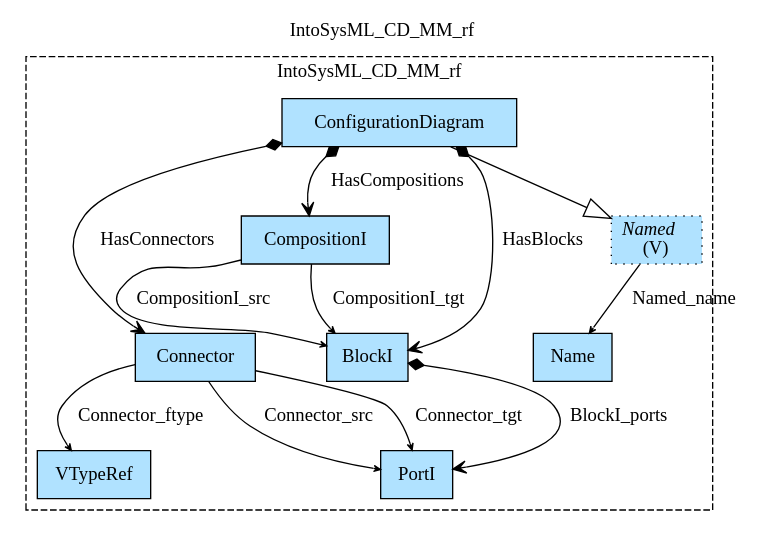
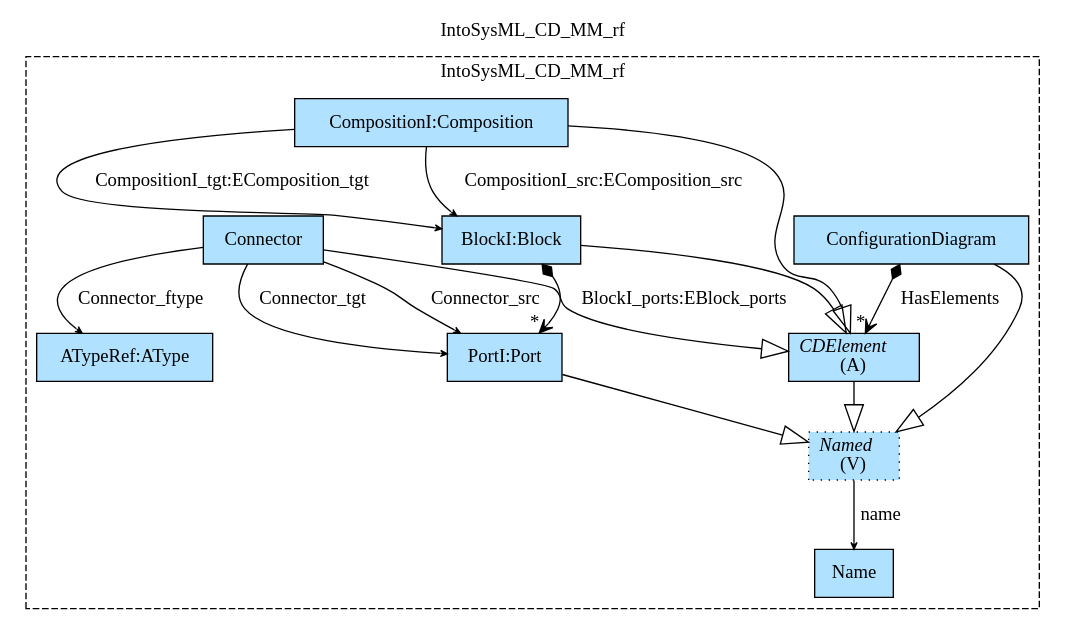
The diagram in Haskell/IntoSysML/MM/img/IntoSysML_CD_MM_rf.gv (namalio/Fragmenta), drawn with Graphviz before and after one commit. The commit also changed 109 other files, not shown here.

```diff
--- a/Haskell/IntoSysML/MM/img/IntoSysML_CD_MM_rf.gv
+++ b/Haskell/IntoSysML/MM/img/IntoSysML_CD_MM_rf.gv
@@ -1,25 +1,29 @@
 digraph {graph[label=IntoSysML_CD_MM_rf,labelloc=tl,labelfontsize=12];
 subgraph cluster_IntoSysML_CD_MM_rf{style=dashed;label=IntoSysML_CD_MM_rf;
+"ConfigurationDiagram"[shape=record,fillcolor=lightskyblue1,style = filled,label="ConfigurationDiagram"];
+"CDElement"[shape=record,fillcolor=lightskyblue1,style = filled,label=<{<I>CDElement</I><br/>(A)}>];
+"CompositionI"[shape=record,fillcolor=lightskyblue1,style = filled,label="CompositionI:Composition"];
+"BlockI"[shape=record,fillcolor=lightskyblue1,style = filled,label="BlockI:Block"];
+"Connector"[shape=record,fillcolor=lightskyblue1,style = filled,label="Connector"];
+"ATypeRef"[shape=record,fillcolor=lightskyblue1,style = filled,label="ATypeRef:AType"];
+"PortI"[shape=record,fillcolor=lightskyblue1,style = filled,label="PortI:Port"];
+"Named"[shape=record,fillcolor=lightskyblue1,style ="filled,dotted",label=<{<I>Named</I><br/>(V)}>];
 "Name"[shape=record,fillcolor=lightskyblue1,style = filled,label="Name"];
-"ConfigurationDiagram"[shape=record,fillcolor=lightskyblue1,style = filled,label="ConfigurationDiagram"];
-"Connector"[shape=record,fillcolor=lightskyblue1,style = filled,label="Connector"];
-"VTypeRef"[shape=record,fillcolor=lightskyblue1,style = filled,label="VTypeRef"];
-"PortI"[shape=record,fillcolor=lightskyblue1,style = filled,label="PortI"];
-"CompositionI"[shape=record,fillcolor=lightskyblue1,style = filled,label="CompositionI"];
-"BlockI"[shape=record,fillcolor=lightskyblue1,style = filled,label="BlockI"];
-"Named"[shape=record,fillcolor=lightskyblue1,style ="filled,dotted",label=<{<I>Named</I><br/>(V)}>];
 
-"Named"->"Name"[label="Named_name",arrowhead=vee,headlabel="",arrowsize=.5];
-"ConfigurationDiagram"->"Named"[arrowhead=onormal,arrowsize=2.0];
-"ConfigurationDiagram"->"CompositionI"[label="HasCompositions",arrowhead=vee,arrowtail=diamond,dir=both,headlabel=""];
-"ConfigurationDiagram"->"BlockI"[label="HasBlocks",arrowhead=vee,arrowtail=diamond,dir=both,headlabel=""];
-"ConfigurationDiagram"->"Connector"[label="HasConnectors",arrowhead=vee,arrowtail=diamond,dir=both,headlabel=""];
+"Named"->"Name"[label="name",arrowhead=vee,headlabel="",arrowsize=.5];
+"BlockI"->"PortI"[label="BlockI_ports:EBlock_ports",arrowhead=vee,arrowtail=diamond,dir=both,headlabel="*"];
+"PortI"->"Named"[arrowhead=onormal,arrowsize=2.0];
 "Connector"->"PortI"[label="Connector_src",arrowhead=vee,headlabel="",arrowsize=.5];
 "Connector"->"PortI"[label="Connector_tgt",arrowhead=vee,headlabel="",arrowsize=.5];
-"Connector"->"VTypeRef"[label="Connector_ftype",arrowhead=vee,headlabel="",arrowsize=.5];
-"BlockI"->"PortI"[label="BlockI_ports",arrowhead=vee,arrowtail=diamond,dir=both,headlabel=""];
-"CompositionI"->"BlockI"[label="CompositionI_src",arrowhead=vee,headlabel="",arrowsize=.5];
-"CompositionI"->"BlockI"[label="CompositionI_tgt",arrowhead=vee,headlabel="",arrowsize=.5];
+"CompositionI"->"BlockI"[label="CompositionI_tgt:EComposition_tgt",arrowhead=vee,headlabel="",arrowsize=.5];
+"CompositionI"->"BlockI"[label="CompositionI_src:EComposition_src",arrowhead=vee,headlabel="",arrowsize=.5];
+"Connector"->"ATypeRef"[label="Connector_ftype",arrowhead=vee,headlabel="",arrowsize=.5];
+"ConfigurationDiagram"->"CDElement"[label="HasElements",arrowhead=vee,arrowtail=diamond,dir=both,headlabel="*"];
+"Connector"->"CDElement"[arrowhead=onormal,arrowsize=2.0];
+"BlockI"->"CDElement"[arrowhead=onormal,arrowsize=2.0];
+"CompositionI"->"CDElement"[arrowhead=onormal,arrowsize=2.0];
+"CDElement"->"Named"[arrowhead=onormal,arrowsize=2.0];
+"ConfigurationDiagram"->"Named"[arrowhead=onormal,arrowsize=2.0];
 
 }
 }
```
